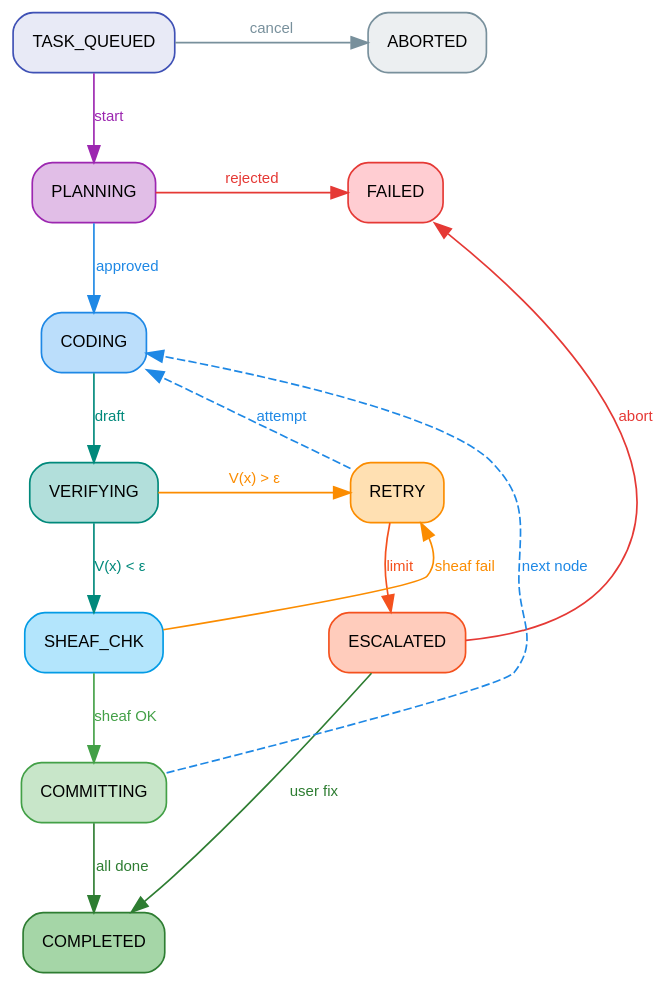
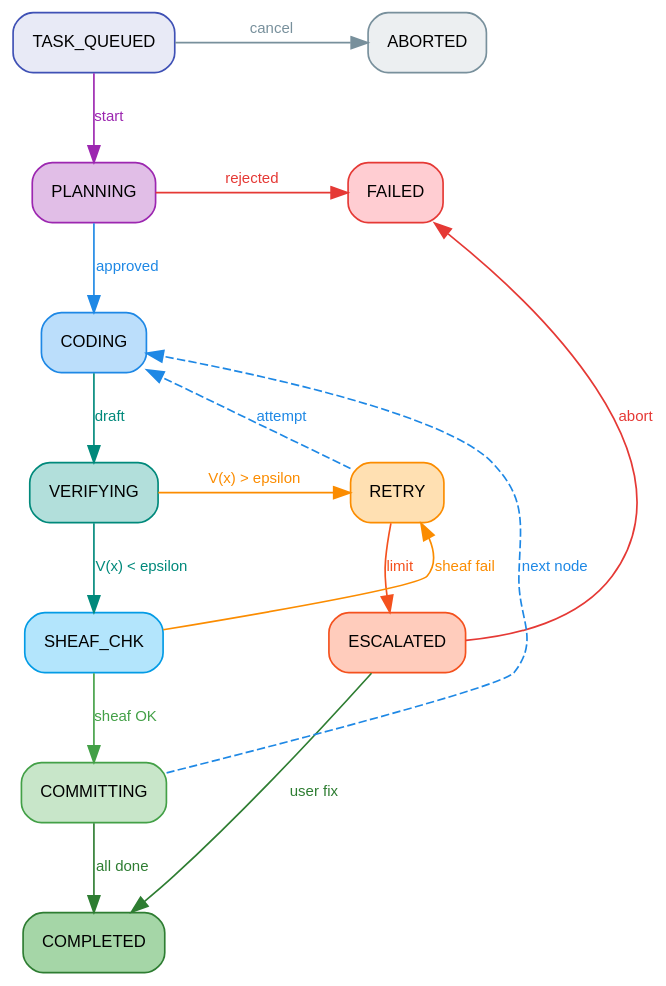
One commit to eonseed/perspt changed the diagram in docs/psps/source/psp-000004.rst. Above: the diagram before and after it, drawn with Graphviz. The commit also changed other lines of this file and 2 other files, not shown here.

```diff
--- a/docs/psps/source/psp-000004.rst
+++ b/docs/psps/source/psp-000004.rst
@@ -301,7 +302,7 @@
            fontcolor="#00897B"
        ];
        VERIFYING -> SHEAF_CHK [
-           label="V(x) < ε",
+           label="V(x) < epsilon",
            color="#00897B",
            fontcolor="#00897B"
        ];
@@ -318,7 +319,7 @@
        
        // --- RIGHT SIDE: Error Recovery ---
        VERIFYING -> RETRY [
-           label="V(x) > ε",
+           label="V(x) > epsilon",
            color="#FB8C00",
            fontcolor="#FB8C00"
        ];
```
